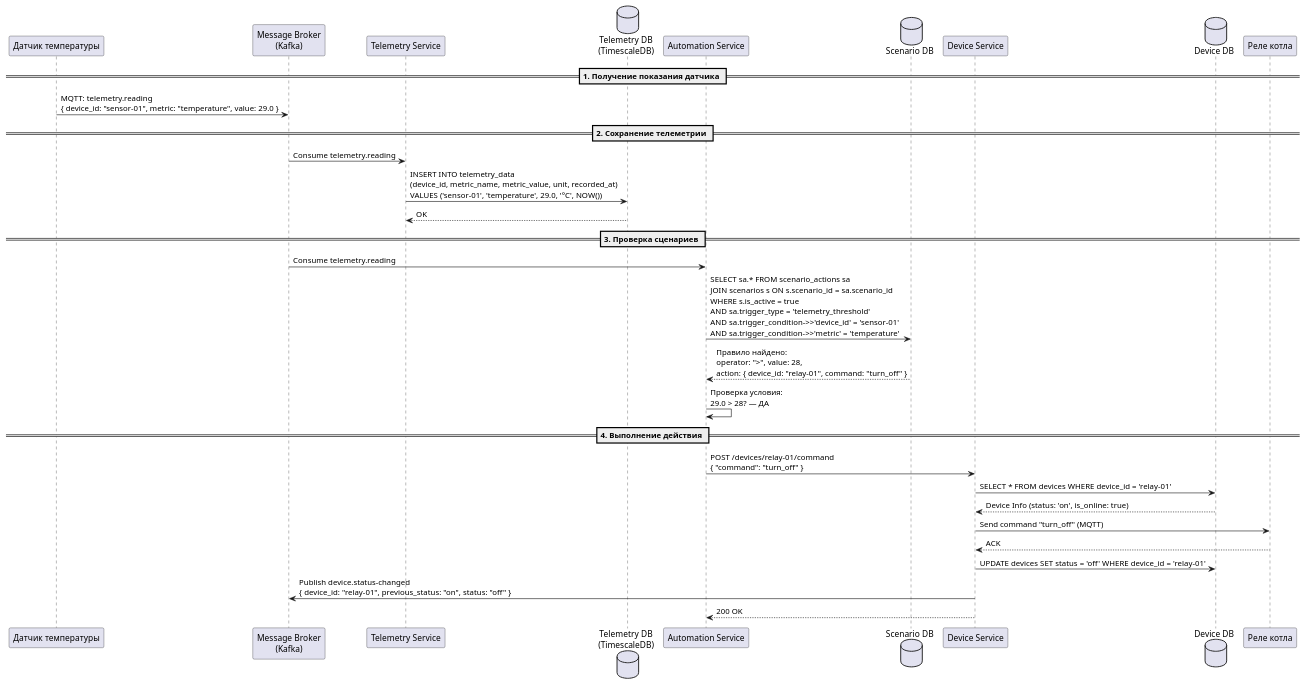
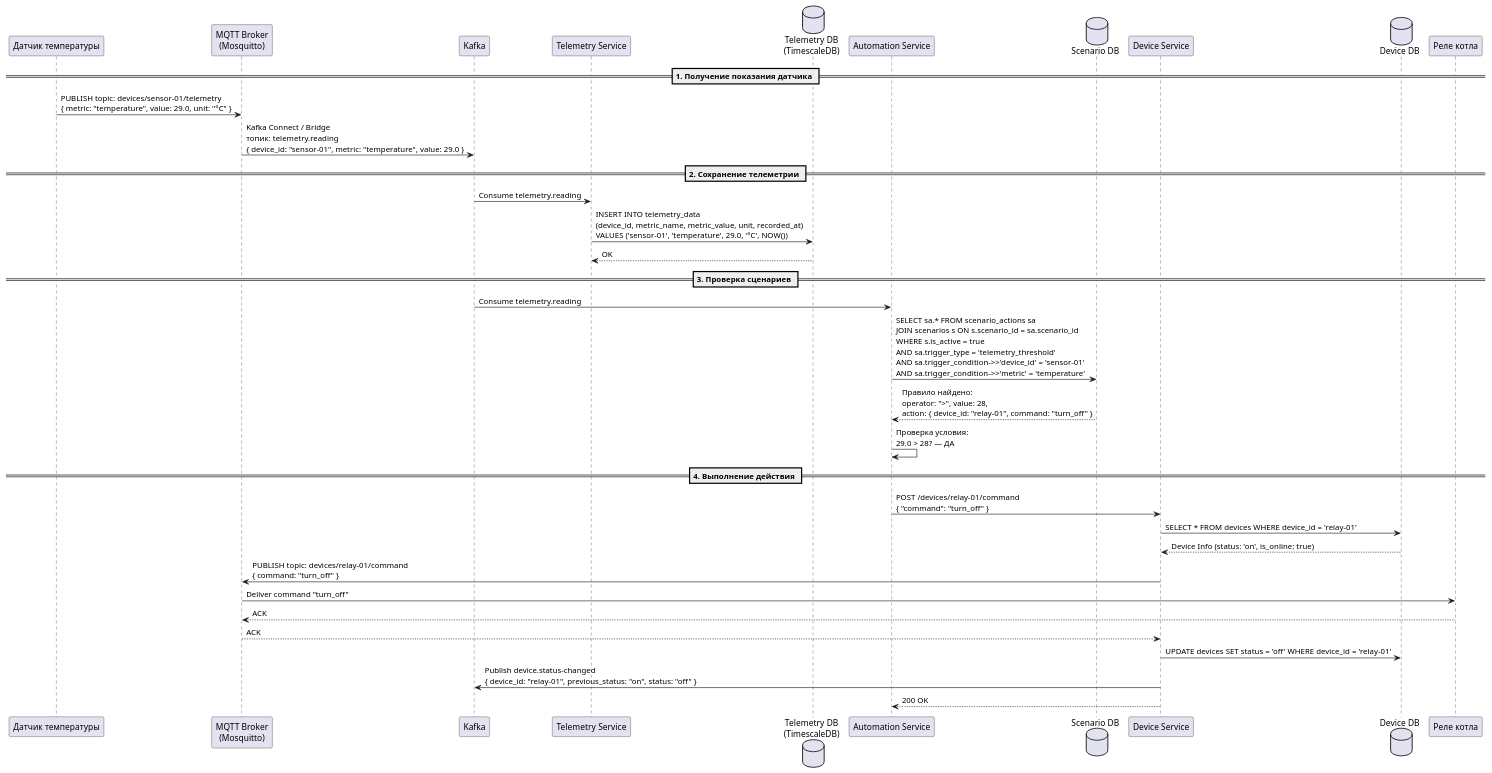
One commit to akrasnikov79/architecture-warmhouse changed the sixth of 7 diagrams in README.md. Above: the diagram before and after it, drawn with PlantUML. The commit also changed other lines of this file, not shown here.

````diff
--- a/README.md
+++ b/README.md
@@ -195,38 +197,42 @@
 ```plantuml
 @startuml
 participant "Датчик температуры" as Sensor
-participant "Message Broker\n(Kafka)" as Kafka
+participant "MQTT Broker\n(Mosquitto)" as MQTT
+participant "Kafka" as Kafka
 participant "Telemetry Service" as TS
 database "Telemetry DB\n(TimescaleDB)" as TDB
 participant "Automation Service" as AS
 database "Scenario DB" as SDB
 participant "Device Service" as DS
 database "Device DB" as DDB
 participant "Реле котла" as Relay
 
 == 1. Получение показания датчика ==
-Sensor -> Kafka: MQTT: telemetry.reading\n{ device_id: "sensor-01", metric: "temperature", value: 29.0 }
+Sensor -> MQTT: PUBLISH topic: devices/sensor-01/telemetry\n{ metric: "temperature", value: 29.0, unit: "°C" }
+MQTT -> Kafka: Kafka Connect / Bridge\nтопик: telemetry.reading\n{ device_id: "sensor-01", metric: "temperature", value: 29.0 }
 
 == 2. Сохранение телеметрии ==
 Kafka -> TS: Consume telemetry.reading
 TS -> TDB: INSERT INTO telemetry_data\n(device_id, metric_name, metric_value, unit, recorded_at)\nVALUES ('sensor-01', 'temperature', 29.0, '°C', NOW())
 TDB --> TS: OK
 
 == 3. Проверка сценариев ==
 Kafka -> AS: Consume telemetry.reading
 AS -> SDB: SELECT sa.* FROM scenario_actions sa\nJOIN scenarios s ON s.scenario_id = sa.scenario_id\nWHERE s.is_active = true\nAND sa.trigger_type = 'telemetry_threshold'\nAND sa.trigger_condition->>'device_id' = 'sensor-01'\nAND sa.trigger_condition->>'metric' = 'temperature'
 SDB --> AS: Правило найдено:\noperator: ">", value: 28,\naction: { device_id: "relay-01", command: "turn_off" }
 
 AS -> AS: Проверка условия:\n29.0 > 28? — ДА
 
 == 4. Выполнение действия ==
 AS -> DS: POST /devices/relay-01/command\n{ "command": "turn_off" }
 DS -> DDB: SELECT * FROM devices WHERE device_id = 'relay-01'
 DDB --> DS: Device Info (status: 'on', is_online: true)
-DS -> Relay: Send command "turn_off" (MQTT)
-Relay --> DS: ACK
+DS -> MQTT: PUBLISH topic: devices/relay-01/command\n{ command: "turn_off" }
+MQTT -> Relay: Deliver command "turn_off"
+Relay --> MQTT: ACK
+MQTT --> DS: ACK
 DS -> DDB: UPDATE devices SET status = 'off' WHERE device_id = 'relay-01'
 DS -> Kafka: Publish device.status-changed\n{ device_id: "relay-01", previous_status: "on", status: "off" }
 DS --> AS: 200 OK
 @enduml
 ```
````
